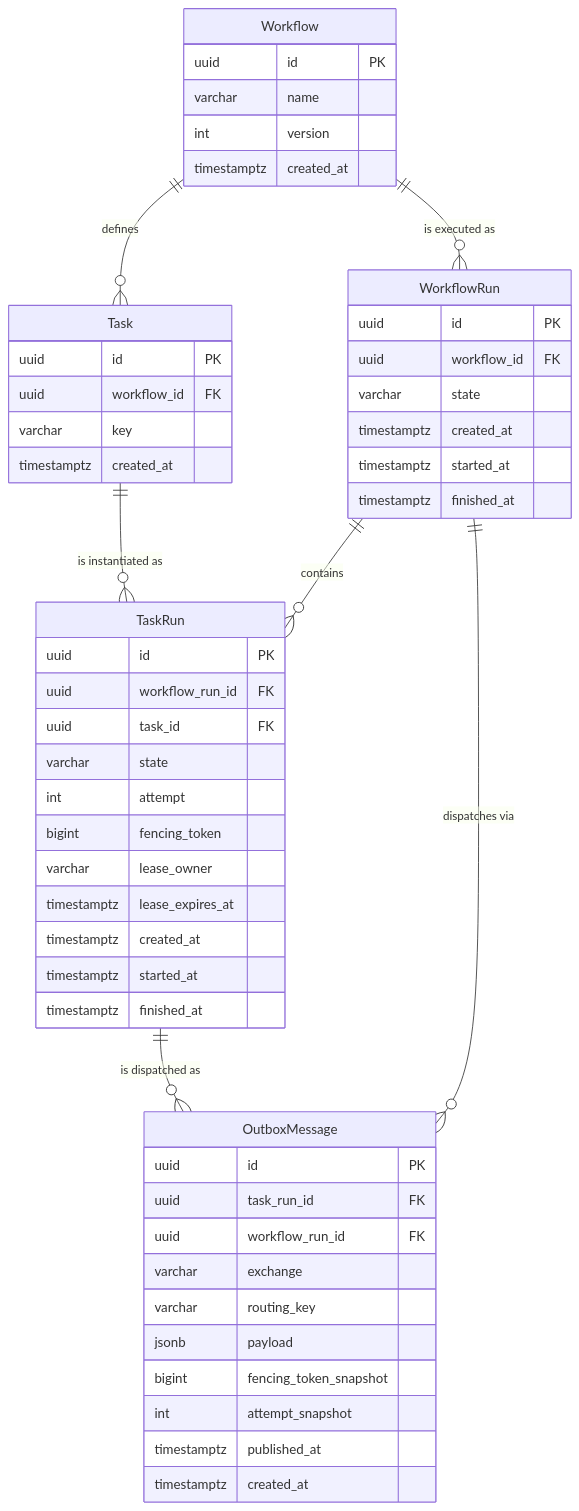
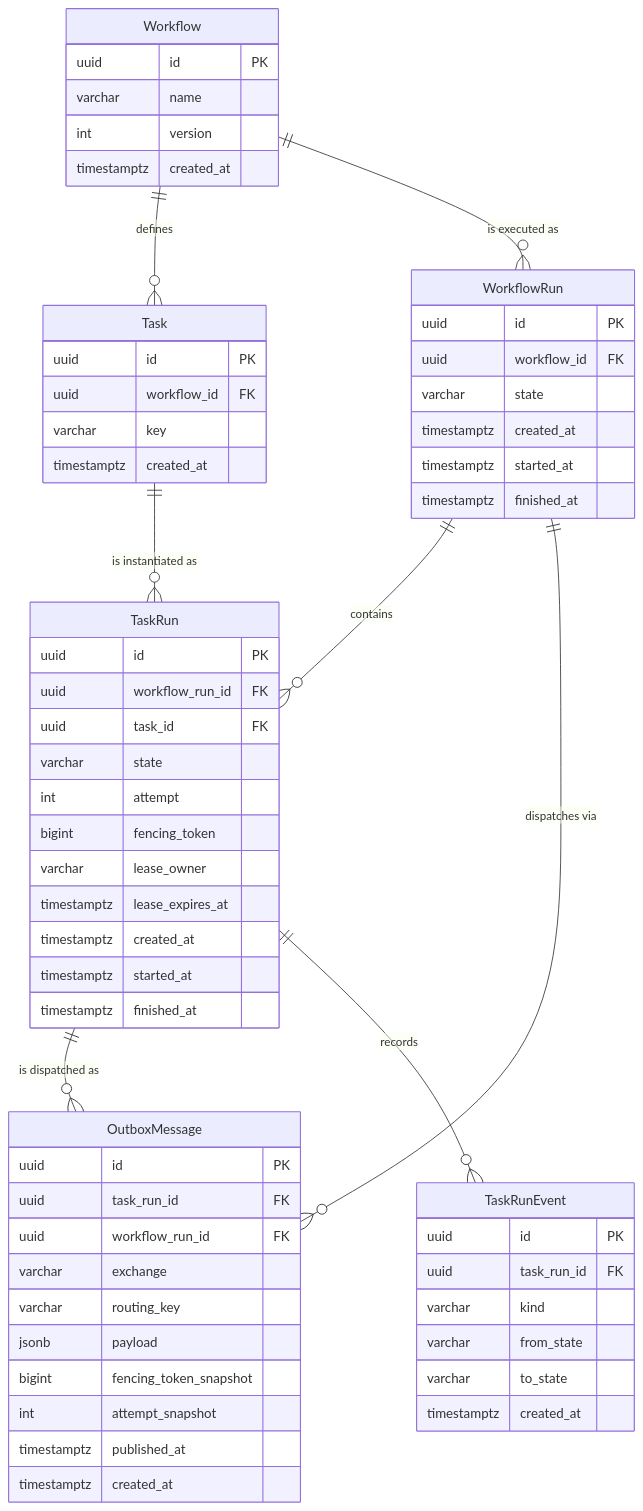
Before and after one commit to Abolfazlrwm/flowforge: the diagram in docs/architecture/data-model.md, drawn with Mermaid. The commit also changed other lines of this file and 12 other files, not shown here.

First line of the commit message:
feat(events): append-only task-run event log with a read endpoint

````diff
--- a/docs/architecture/data-model.md
+++ b/docs/architecture/data-model.md
@@ -18,55 +18,64 @@
 ```mermaid
 erDiagram
     Workflow ||--o{ Task : "defines"
     Workflow ||--o{ WorkflowRun : "is executed as"
     WorkflowRun ||--o{ TaskRun : "contains"
     Task ||--o{ TaskRun : "is instantiated as"
     TaskRun ||--o{ OutboxMessage : "is dispatched as"
     WorkflowRun ||--o{ OutboxMessage : "dispatches via"
+    TaskRun ||--o{ TaskRunEvent : "records"
 
     Workflow {
         uuid id PK
         varchar name
         int version
         timestamptz created_at
     }
     Task {
         uuid id PK
         uuid workflow_id FK
         varchar key
         timestamptz created_at
     }
     WorkflowRun {
         uuid id PK
         uuid workflow_id FK
         varchar state
         timestamptz created_at
         timestamptz started_at
         timestamptz finished_at
     }
     TaskRun {
         uuid id PK
         uuid workflow_run_id FK
         uuid task_id FK
         varchar state
         int attempt
         bigint fencing_token
         varchar lease_owner
         timestamptz lease_expires_at
         timestamptz created_at
         timestamptz started_at
         timestamptz finished_at
     }
     OutboxMessage {
         uuid id PK
         uuid task_run_id FK
         uuid workflow_run_id FK
         varchar exchange
         varchar routing_key
         jsonb payload
         bigint fencing_token_snapshot
         int attempt_snapshot
         timestamptz published_at
         timestamptz created_at
     }
+    TaskRunEvent {
+        uuid id PK
+        uuid task_run_id FK
+        varchar kind
+        varchar from_state
+        varchar to_state
+        timestamptz created_at
+    }
 ```
````
